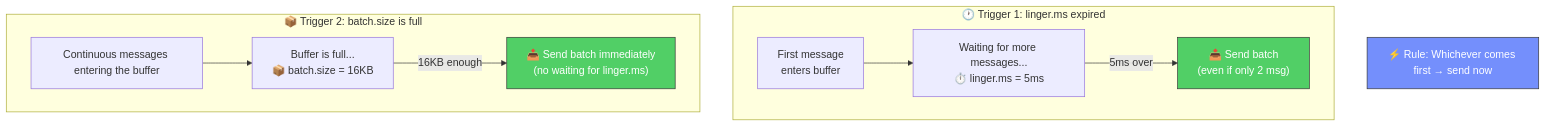
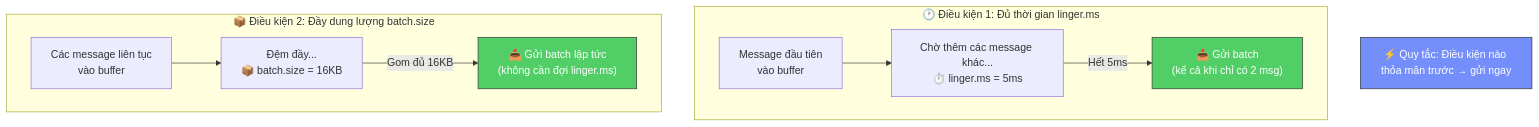
One commit to quan-vo-dinh/saas-pos-microservices-qrtable changed diagram 16 of 38 in docs/guides/kafka-qrtable.md. Above: the diagram before and after it, drawn with Mermaid. The commit also changed other lines of this file and 62 other files, not shown here.

````diff
--- a/docs/guides/kafka-qrtable.md
+++ b/docs/guides/kafka-qrtable.md
@@ -729,18 +728,18 @@
 ```mermaid
 graph TB
-subgraph "🕐 Trigger 1: linger.ms expired"
-T1_START["First message<br/>enters buffer"] --> T1_WAIT["Waiting for more messages...<br/>⏱️ linger.ms = 5ms"]
-T1_WAIT -->|"5ms over"| T1_SEND["📤 Send batch<br/>(even if only 2 msg)"]
+subgraph "🕐 Điều kiện 1: Đủ thời gian linger.ms"
+T1_START["Message đầu tiên<br/>vào buffer"] --> T1_WAIT["Chờ thêm các message khác...<br/>⏱️ linger.ms = 5ms"]
+T1_WAIT -->|"Hết 5ms"| T1_SEND["📤 Gửi batch<br/>(kể cả khi chỉ có 2 msg)"]
     end
 
-subgraph "📦 Trigger 2: batch.size is full"
-T2_START["Continuous messages entering the buffer"] --> T2_FILL["Buffer is full...<br/>📦 batch.size = 16KB"]
-T2_FILL -->|"16KB enough"| T2_SEND["📤 Send batch immediately<br/>(no waiting for linger.ms)"]
+subgraph "📦 Điều kiện 2: Đầy dung lượng batch.size"
+T2_START["Các message liên tục<br/>vào buffer"] --> T2_FILL["Đệm đầy...<br/>📦 batch.size = 16KB"]
+T2_FILL -->|"Gom đủ 16KB"| T2_SEND["📤 Gửi batch lập tức<br/>(không cần đợi linger.ms)"]
     end
 
-RULE["⚡ Rule: Whichever comes first → send now"]
+RULE["⚡ Quy tắc: Điều kiện nào thỏa mãn trước → gửi ngay"]
 
     style T1_SEND fill:#51cf66,stroke:#333,color:#fff
     style T2_SEND fill:#51cf66,stroke:#333,color:#fff
     style RULE fill:#748ffc,stroke:#333,color:#fff
 ```
````
